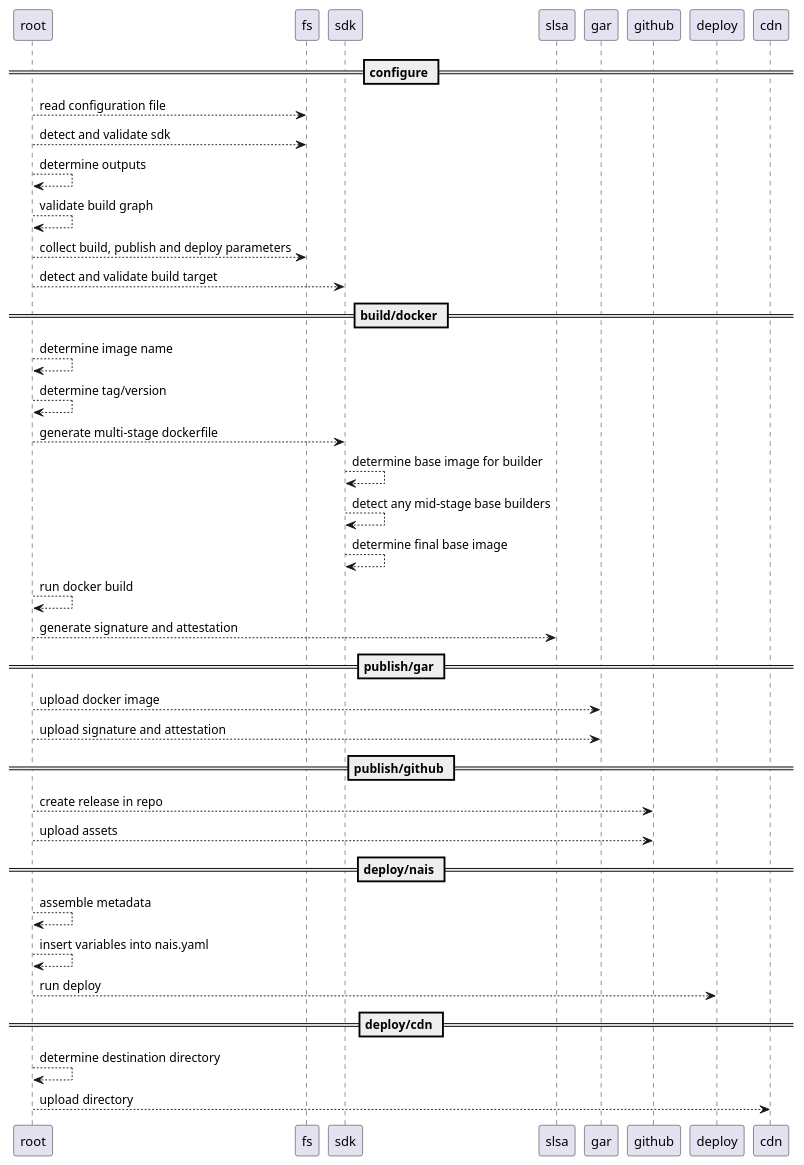
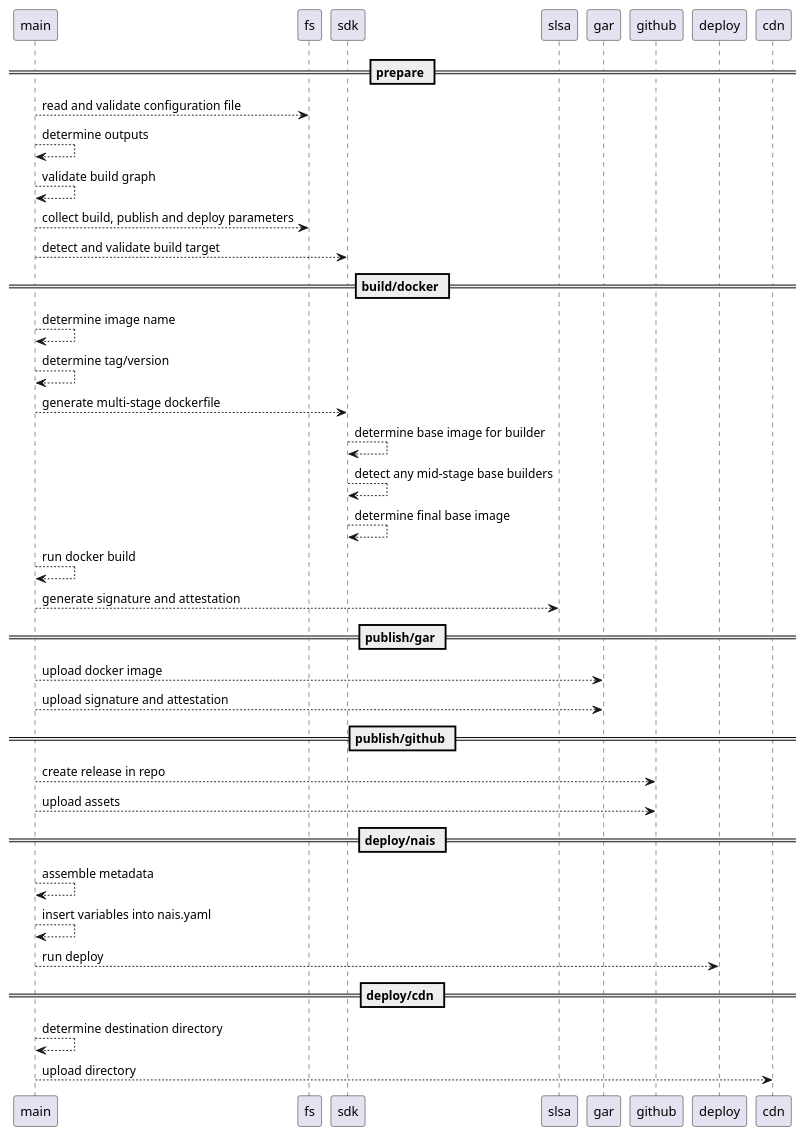
Before and after one commit to nais/build: the diagram in diagrams/build-process.puml, drawn with PlantUML. The commit also changed 5 other files, not shown here.

```diff
--- a/diagrams/build-process.puml
+++ b/diagrams/build-process.puml
@@ -1,38 +1,37 @@
 @startuml
 
-== configure ==
-root --> fs: read configuration file
-root --> fs: detect and validate sdk
-root --> root: determine outputs
-root --> root: validate build graph
-root --> fs: collect build, publish and deploy parameters
-root --> sdk: detect and validate build target
+== prepare ==
+main --> fs: read and validate configuration file
+main --> main: determine outputs
+main --> main: validate build graph
+main --> fs: collect build, publish and deploy parameters
+main --> sdk: detect and validate build target
 
 == build/docker ==
-root --> root: determine image name
-root --> root: determine tag/version
-root --> sdk: generate multi-stage dockerfile
+main --> main: determine image name
+main --> main: determine tag/version
+main --> sdk: generate multi-stage dockerfile
 sdk --> sdk: determine base image for builder
 sdk --> sdk: detect any mid-stage base builders
 sdk --> sdk: determine final base image
-root --> root: run docker build
-root --> slsa: generate signature and attestation
+main --> main: run docker build
+main --> slsa: generate signature and attestation
 
 == publish/gar ==
-root --> gar: upload docker image
-root --> gar: upload signature and attestation
+main --> gar: upload docker image
+main --> gar: upload signature and attestation
 
 == publish/github ==
-root --> github: create release in repo
-root --> github: upload assets
+main --> github: create release in repo
+main --> github: upload assets
 
 == deploy/nais ==
-root --> root: assemble metadata
-root --> root: insert variables into nais.yaml
-root --> deploy: run deploy
+main --> main: assemble metadata
+main --> main: insert variables into nais.yaml
+main --> deploy: run deploy
 
 == deploy/cdn ==
-root --> root: determine destination directory
-root --> cdn: upload directory
+main --> main: determine destination directory
+main --> cdn: upload directory
 
 @enduml
```
